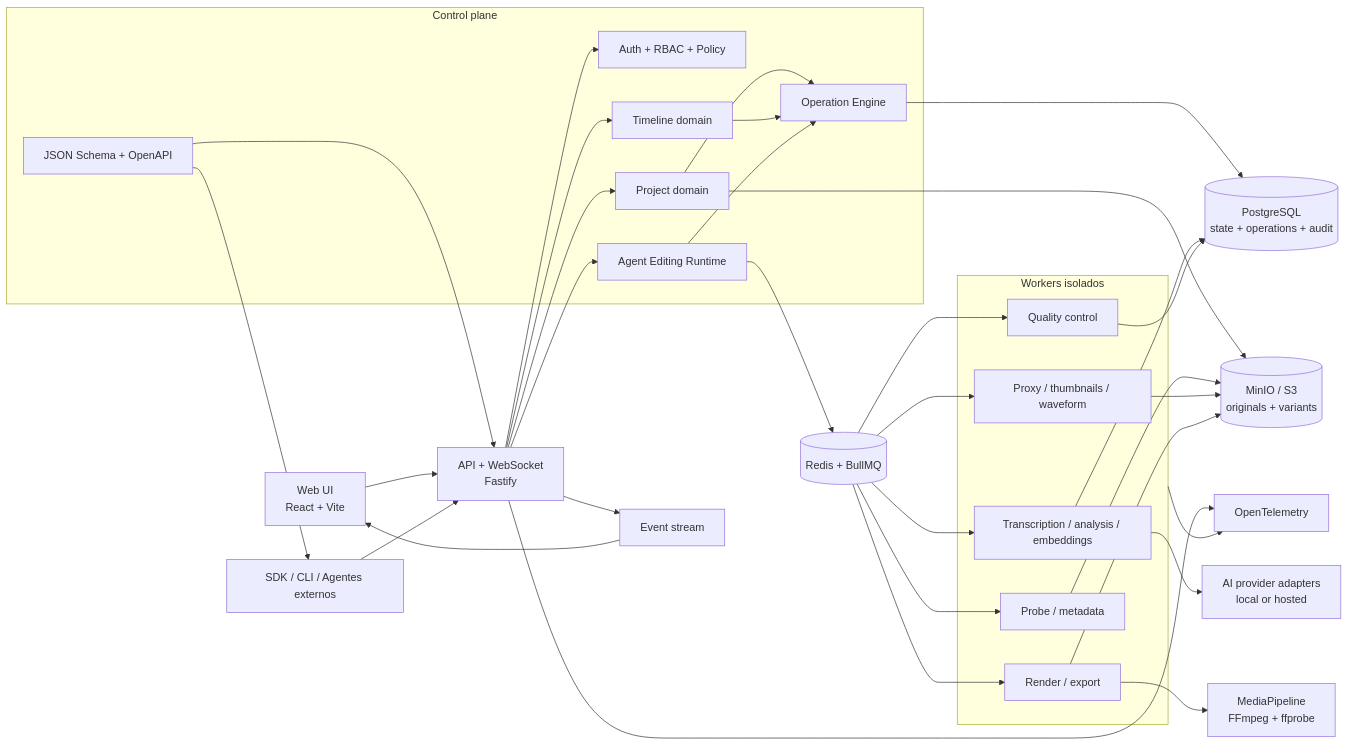
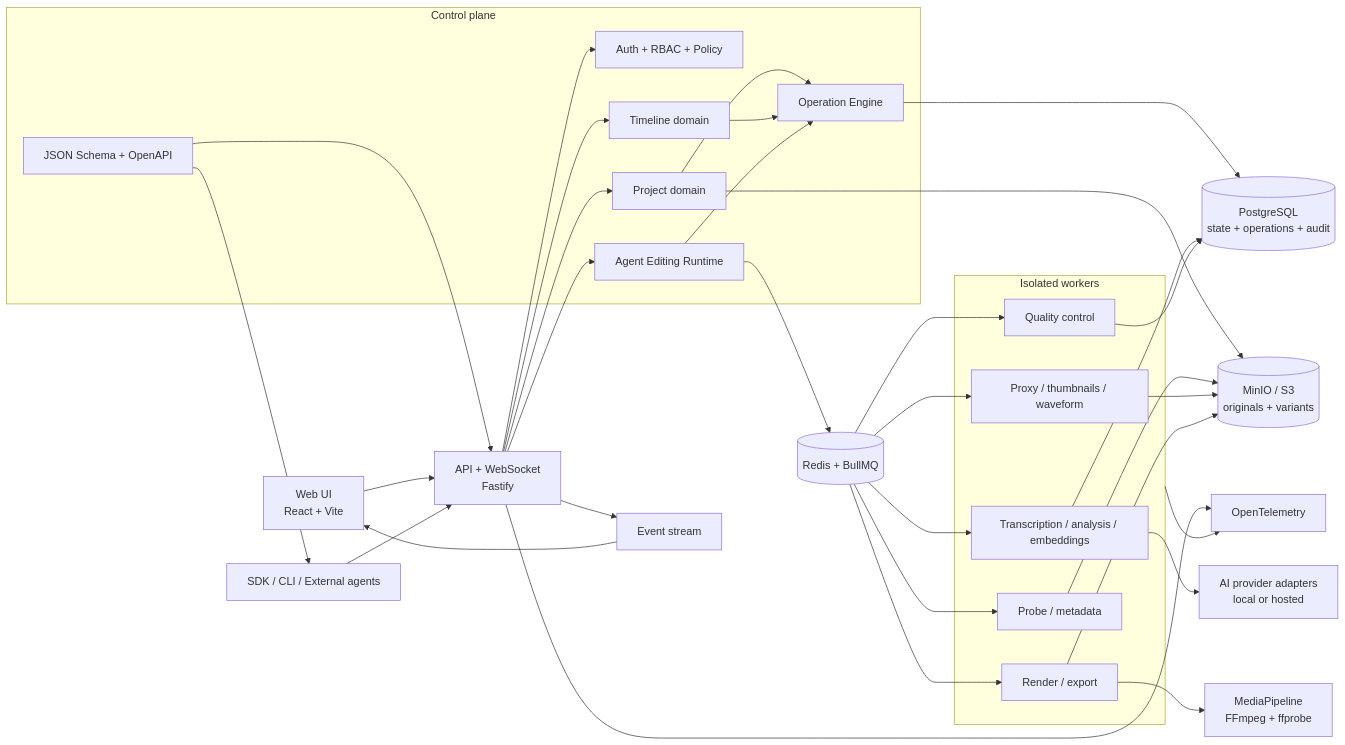
The diagram in docs/architecture/components.mmd (gnustella-lab/AgentCut), drawn with Mermaid before and after one commit. The commit also changed 10 other files, not shown here.

```diff
--- a/docs/architecture/components.mmd
+++ b/docs/architecture/components.mmd
@@ -1,52 +1,52 @@
 flowchart LR
     UI[Web UI\nReact + Vite] --> API[API + WebSocket\nFastify]
-    SDK[SDK / CLI / Agentes externos] --> API
+    SDK[SDK / CLI / External agents] --> API
 
     subgraph ControlPlane[Control plane]
         AUTH[Auth + RBAC + Policy]
         PROJECT[Project domain]
         TIMELINE[Timeline domain]
         OPS[Operation Engine]
         AGENT[Agent Editing Runtime]
         CONTRACTS[JSON Schema + OpenAPI]
     end
 
     API --> AUTH
     API --> PROJECT
     API --> TIMELINE
     API --> AGENT
     PROJECT --> OPS
     TIMELINE --> OPS
     AGENT --> OPS
     CONTRACTS --> API
     CONTRACTS --> SDK
 
     OPS --> PG[(PostgreSQL\nstate + operations + audit)]
     AGENT --> REDIS[(Redis + BullMQ)]
     PROJECT --> S3[(MinIO / S3\noriginals + variants)]
 
-    subgraph Workers[Workers isolados]
+    subgraph Workers[Isolated workers]
         PROBE[Probe / metadata]
         MEDIA[Proxy / thumbnails / waveform]
         AI[Transcription / analysis / embeddings]
         RENDER[Render / export]
         QC[Quality control]
     end
 
     REDIS --> PROBE
     REDIS --> MEDIA
     REDIS --> AI
     REDIS --> RENDER
     REDIS --> QC
     PROBE --> S3
     MEDIA --> S3
     AI --> PG
     RENDER --> S3
     QC --> PG
     RENDER --> FFMPEG[MediaPipeline\nFFmpeg + ffprobe]
     AI --> PROVIDERS[AI provider adapters\nlocal or hosted]
 
     API --> EVENTS[Event stream]
     EVENTS --> UI
     API --> OTEL[OpenTelemetry]
     Workers --> OTEL
```
